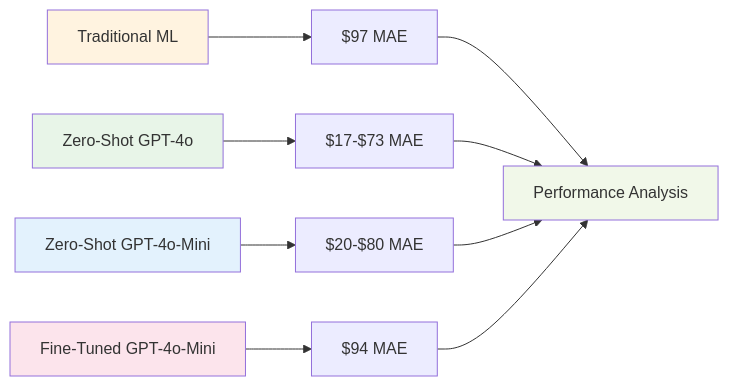
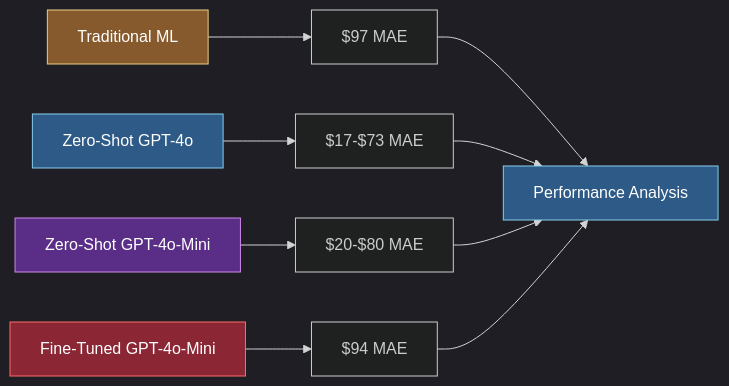
Before and after one commit to Jai-Keshav-Sharma/LLM-Engineering: the sixth of 7 diagrams in 6_fine_tuning_frontier/README.md, drawn with Mermaid. The commit also changed other lines of this file, not shown here.

````diff
--- a/6_fine_tuning_frontier/README.md
+++ b/6_fine_tuning_frontier/README.md
@@ -343,18 +348,19 @@
 ```mermaid
+%%{init: {'theme':'dark'}}%%
 graph LR
     A[Traditional ML] --> A1[$97 MAE]
     B[Zero-Shot GPT-4o] --> B1[$17-$73 MAE]
     C[Zero-Shot GPT-4o-Mini] --> C1[$20-$80 MAE]
     D[Fine-Tuned GPT-4o-Mini] --> D1[$94 MAE]
     
     A1 --> E[Performance Analysis]
     B1 --> E
     C1 --> E
     D1 --> E
     
-    style A fill:#fff3e0
-    style B fill:#e8f5e8
-    style C fill:#e3f2fd
-    style D fill:#fce4ec
-    style E fill:#f1f8e9
+    style A fill:#875a2d,stroke:#ebce87,color:#fff
+    style B fill:#2d5a87,stroke:#87ceeb,color:#fff
+    style C fill:#5a2d87,stroke:#ce87eb,color:#fff
+    style D fill:#8b2635,stroke:#ff6b6b,color:#fff
+    style E fill:#2d5a87,stroke:#87ceeb,color:#fff
 ```
````
